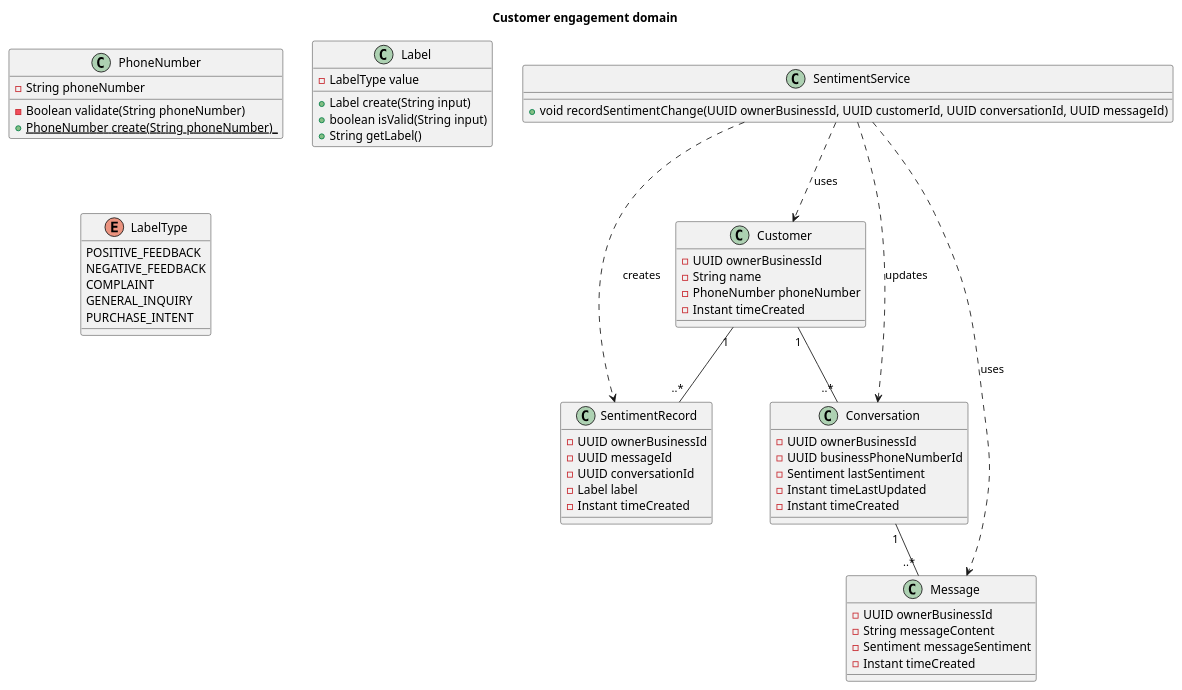
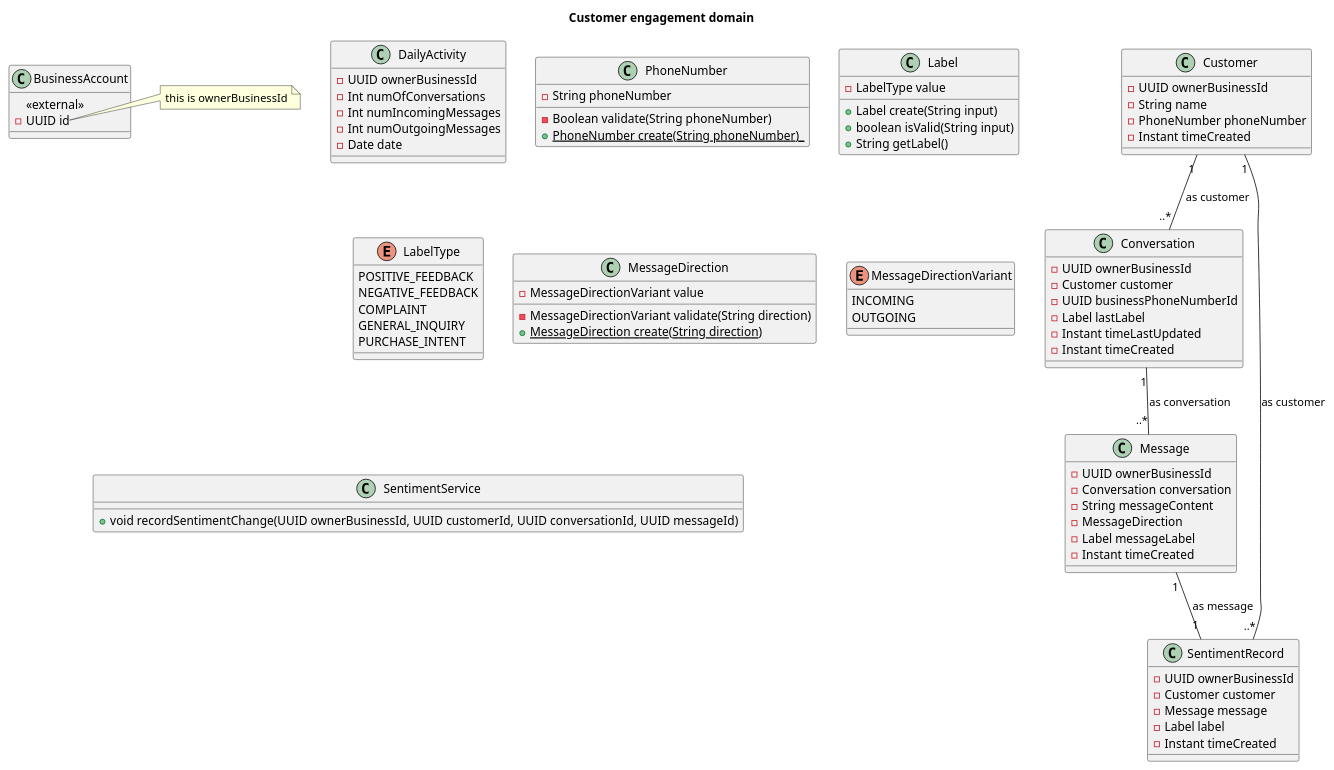
One commit to pondem87/thuso2jcore changed the diagram in docs/uml/domain_modelling/customer_engagement.puml. Above: the diagram before and after it, drawn with PlantUML. The commit also changed 3 other files, not shown here.

```diff
--- a/docs/uml/domain_modelling/customer_engagement.puml
+++ b/docs/uml/domain_modelling/customer_engagement.puml
@@ -1,72 +1,100 @@
 @startuml
 title Customer engagement domain
 
 ' === ENTITY CLASSES ===
 class Customer {
     -UUID ownerBusinessId
     -String name
     -PhoneNumber phoneNumber
     -Instant timeCreated
 }
 
 class Conversation {
     -UUID ownerBusinessId
+    -Customer customer
     -UUID businessPhoneNumberId
-    -Sentiment lastSentiment
+    -Label lastLabel
     -Instant timeLastUpdated
     -Instant timeCreated
 }
 
 class Message {
     -UUID ownerBusinessId
+    -Conversation conversation
     -String messageContent
-    -Sentiment messageSentiment
+    -MessageDirection
+    -Label messageLabel
     -Instant timeCreated
 }
 
 class SentimentRecord {
     -UUID ownerBusinessId
-    -UUID messageId
-    -UUID conversationId
+    -Customer customer
+    -Message message
     -Label label
     -Instant timeCreated
+}
+
+class DailyActivity {
+    -UUID ownerBusinessId
+    -Int numOfConversations
+    -Int numIncomingMessages
+    -Int numOutgoingMessages
+    -Date date
 }
 
 '=== VALUE OBJECTS ===
 class PhoneNumber {
     -String phoneNumber
     -Boolean validate(String phoneNumber)
     {static}+PhoneNumber create(String phoneNumber)_
 }
 
 class Label {
     -LabelType value
     +Label create(String input)
     +boolean isValid(String input)
     +String getLabel()
 }
 
 enum LabelType {
     POSITIVE_FEEDBACK
     NEGATIVE_FEEDBACK
     COMPLAINT
     GENERAL_INQUIRY
     PURCHASE_INTENT
 }
 
+class MessageDirection {
+    -MessageDirectionVariant value
+    -MessageDirectionVariant validate(String direction)
+    {static}+MessageDirection create(String direction)
+}
+
+enum MessageDirectionVariant {
+    INCOMING
+    OUTGOING
+}
+
 ' === DOMAIN SERVICE ===
 class SentimentService {
     +void recordSentimentChange(UUID ownerBusinessId, UUID customerId, UUID conversationId, UUID messageId)
 }
 
 '=== ASSOCIATIONS ===
-Customer "1" -- "..*" Conversation
-Conversation "1" -- "..*" Message
-Customer "1" -- "..*" SentimentRecord
+Customer "1" -- "..*" Conversation: as customer
+Conversation "1" -- "..*" Message: as conversation
+Customer "1" -- "..*" SentimentRecord: as customer
+Message "1" -- "1" SentimentRecord: as message
 
-SentimentService ..> Customer : uses
-SentimentService ..> Message : uses
-SentimentService ..> SentimentRecord : creates
-SentimentService ..> Conversation : updates
+'=== EXTERNAL ENTITIES ===
+class BusinessAccount {
+    <<external>>
+    -UUID id
+}
+
+note right of BusinessAccount::id
+this is ownerBusinessId
+end note
 
 @enduml
```
